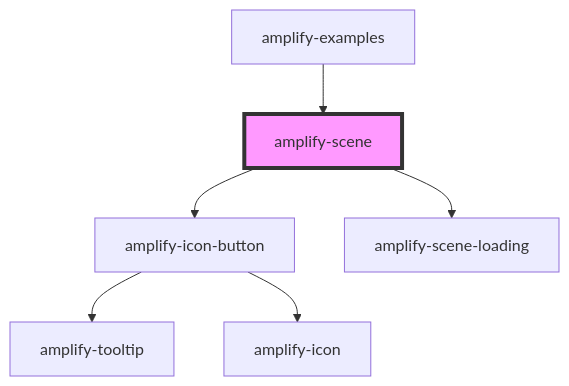
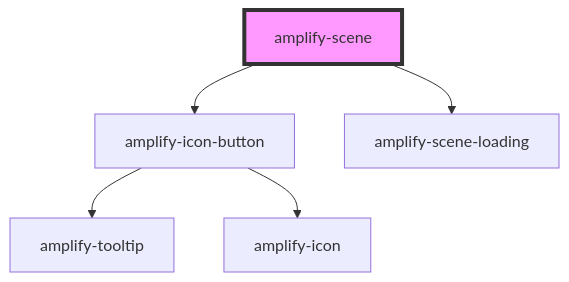
Before and after one commit to aws-amplify/amplify-js: the diagram in packages/amplify-ui-components/src/components/amplify-scene/readme.md, drawn with Mermaid. The commit also changed other lines of this file and 20 other files, not shown here.

````diff
--- a/packages/amplify-ui-components/src/components/amplify-scene/readme.md
+++ b/packages/amplify-ui-components/src/components/amplify-scene/readme.md
@@ -25,9 +21,8 @@
 ```mermaid
 graph TD;
   amplify-scene --> amplify-icon-button
   amplify-scene --> amplify-scene-loading
   amplify-icon-button --> amplify-tooltip
   amplify-icon-button --> amplify-icon
-  amplify-examples --> amplify-scene
   style amplify-scene fill:#f9f,stroke:#333,stroke-width:4px
 ```
````
